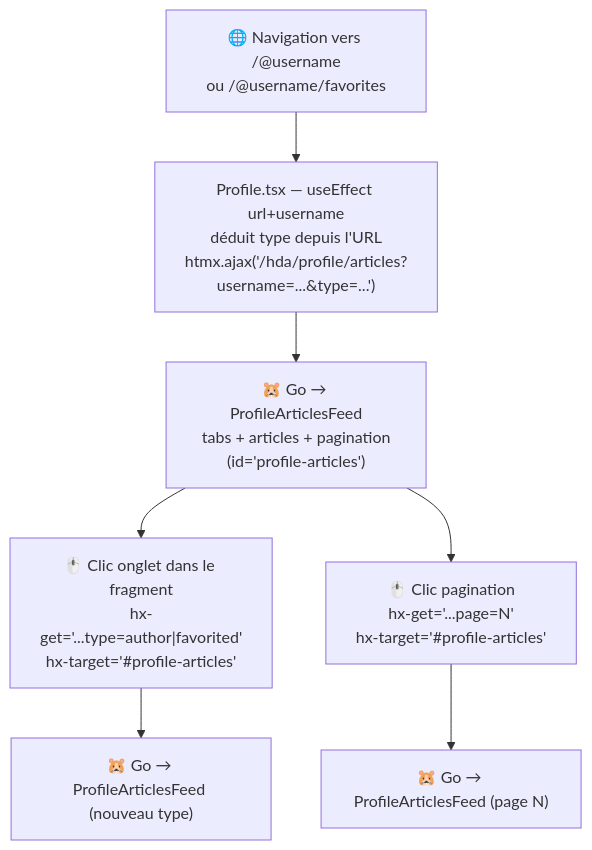
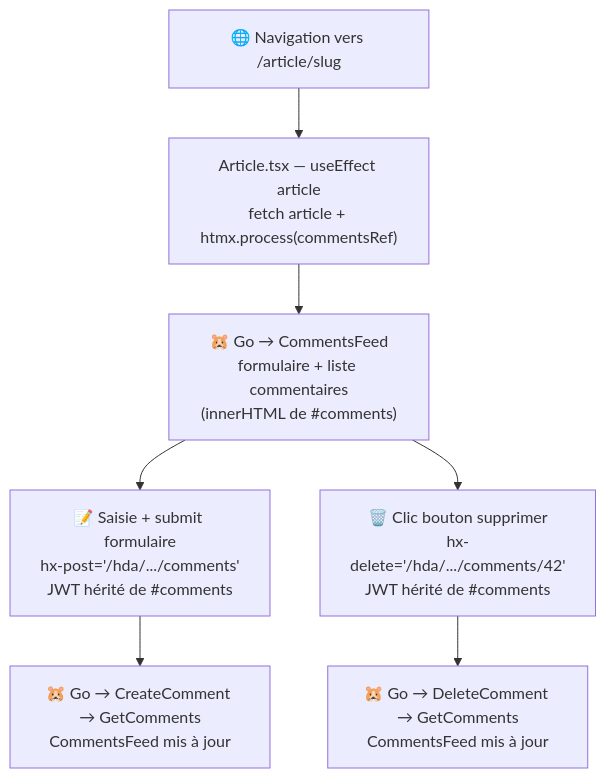
Before and after one commit to StephaneTrebel/htmx-de-maniere-simplix: the diagram in MIGRATION_STEP.md, drawn with Mermaid. The commit also changed other lines of this file and 8 other files, not shown here.

First line of the commit message:
feat: migrate article comments to Go+HTMX fragment (step-04)

````diff
--- a/MIGRATION_STEP.md
+++ b/MIGRATION_STEP.md
@@ -180,14 +165,14 @@
 ```mermaid
 flowchart TD
-    A["🌐 Navigation vers /@username\nou /@username/favorites"]
-    B["Profile.tsx — useEffect url+username\ndéduit type depuis l'URL\nhtmx.ajax('/hda/profile/articles?username=...&type=...')"]
-    C["🐹 Go → ProfileArticlesFeed\ntabs + articles + pagination\n(id='profile-articles')"]
-    D["🖱️ Clic onglet dans le fragment\nhx-get='...type=author|favorited'\nhx-target='#profile-articles'"]
-    E["🐹 Go → ProfileArticlesFeed (nouveau type)"]
-    F["🖱️ Clic pagination\nhx-get='...page=N'\nhx-target='#profile-articles'"]
-    G["🐹 Go → ProfileArticlesFeed (page N)"]
+    A["🌐 Navigation vers /article/slug"]
+    B["Article.tsx — useEffect article\nfetch article + htmx.process(commentsRef)"]
+    C["🐹 Go → CommentsFeed\nformulaire + liste commentaires\n(innerHTML de #comments)"]
+    D["📝 Saisie + submit formulaire\nhx-post='/hda/.../comments'\nJWT hérité de #comments"]
+    E["🐹 Go → CreateComment → GetComments\nCommentsFeed mis à jour"]
+    F["🗑️ Clic bouton supprimer\nhx-delete='/hda/.../comments/42'\nJWT hérité de #comments"]
+    G["🐹 Go → DeleteComment → GetComments\nCommentsFeed mis à jour"]
 
     A --> B --> C
     C --> D --> E
     C --> F --> G
 ```
````
